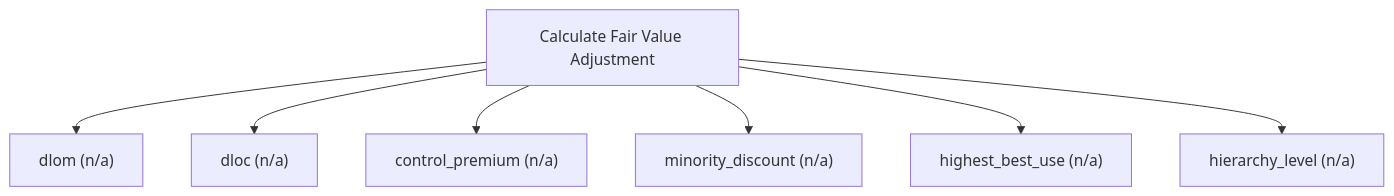
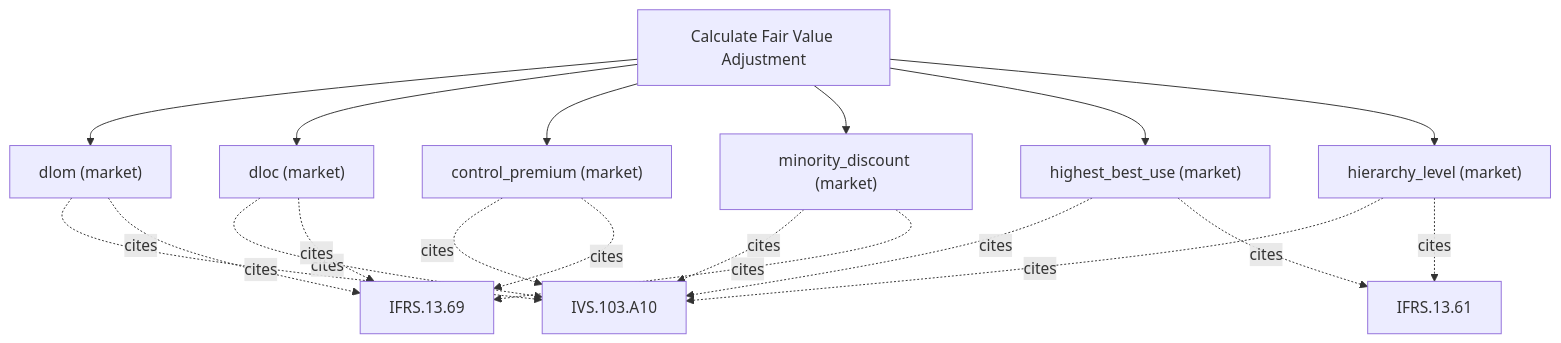
Before and after one commit to simonmak-ascent/fair-value: the diagram in docs/methods/calculate_fair_value_adjustment.md, drawn with Mermaid. The commit also changed other lines of this file and 18 other files, not shown here.

````diff
--- a/docs/methods/calculate_fair_value_adjustment.md
+++ b/docs/methods/calculate_fair_value_adjustment.md
@@ -5,10 +5,22 @@
 ```mermaid
 flowchart TD
   T[Calculate Fair Value Adjustment]
-  T --> calculate_fair_value_adjustment_dlom["dlom (n/a)"]
-  T --> calculate_fair_value_adjustment_dloc["dloc (n/a)"]
-  T --> calculate_fair_value_adjustment_control_premium["control_premium (n/a)"]
-  T --> calculate_fair_value_adjustment_minority_discount["minority_discount (n/a)"]
-  T --> calculate_fair_value_adjustment_highest_best_use["highest_best_use (n/a)"]
-  T --> calculate_fair_value_adjustment_hierarchy_level["hierarchy_level (n/a)"]
+  T --> calculate_fair_value_adjustment_dlom["dlom (market)"]
+  calculate_fair_value_adjustment_dlom -. cites .-> IVS_103_A10[IVS.103.A10]
+  calculate_fair_value_adjustment_dlom -. cites .-> IFRS_13_69[IFRS.13.69]
+  T --> calculate_fair_value_adjustment_dloc["dloc (market)"]
+  calculate_fair_value_adjustment_dloc -. cites .-> IVS_103_A10[IVS.103.A10]
+  calculate_fair_value_adjustment_dloc -. cites .-> IFRS_13_69[IFRS.13.69]
+  T --> calculate_fair_value_adjustment_control_premium["control_premium (market)"]
+  calculate_fair_value_adjustment_control_premium -. cites .-> IVS_103_A10[IVS.103.A10]
+  calculate_fair_value_adjustment_control_premium -. cites .-> IFRS_13_69[IFRS.13.69]
+  T --> calculate_fair_value_adjustment_minority_discount["minority_discount (market)"]
+  calculate_fair_value_adjustment_minority_discount -. cites .-> IVS_103_A10[IVS.103.A10]
+  calculate_fair_value_adjustment_minority_discount -. cites .-> IFRS_13_69[IFRS.13.69]
+  T --> calculate_fair_value_adjustment_highest_best_use["highest_best_use (market)"]
+  calculate_fair_value_adjustment_highest_best_use -. cites .-> IVS_103_A10[IVS.103.A10]
+  calculate_fair_value_adjustment_highest_best_use -. cites .-> IFRS_13_61[IFRS.13.61]
+  T --> calculate_fair_value_adjustment_hierarchy_level["hierarchy_level (market)"]
+  calculate_fair_value_adjustment_hierarchy_level -. cites .-> IVS_103_A10[IVS.103.A10]
+  calculate_fair_value_adjustment_hierarchy_level -. cites .-> IFRS_13_61[IFRS.13.61]
 ```
````
